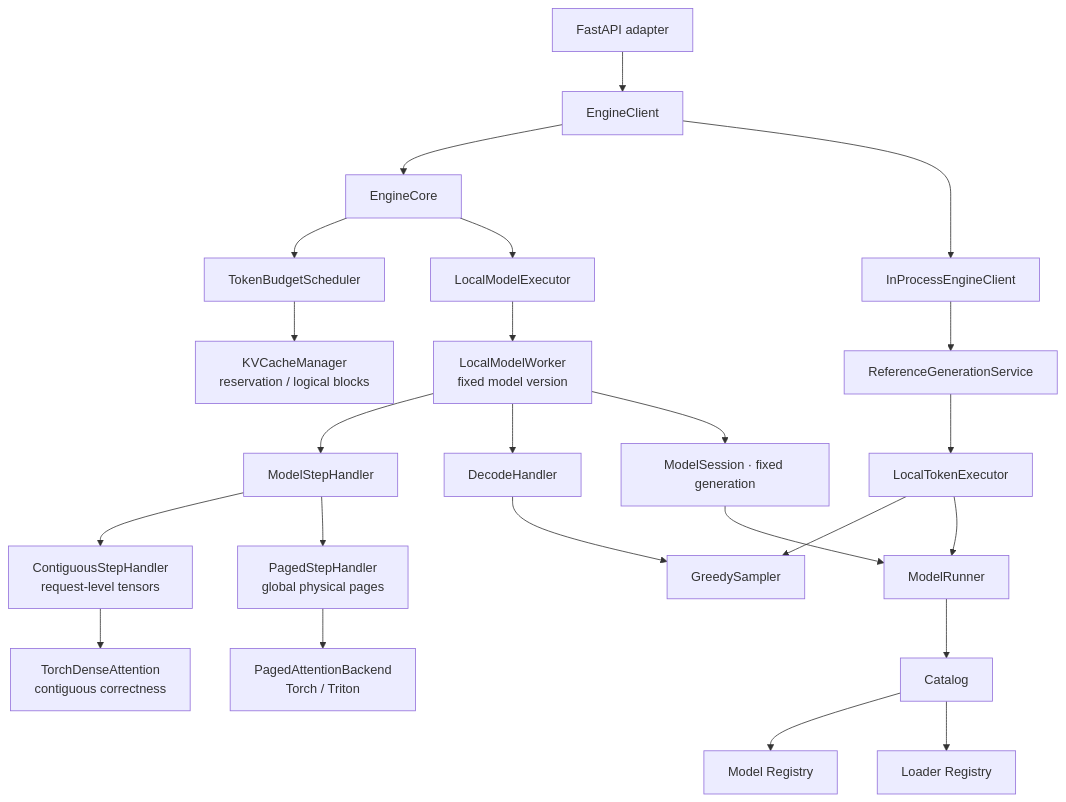
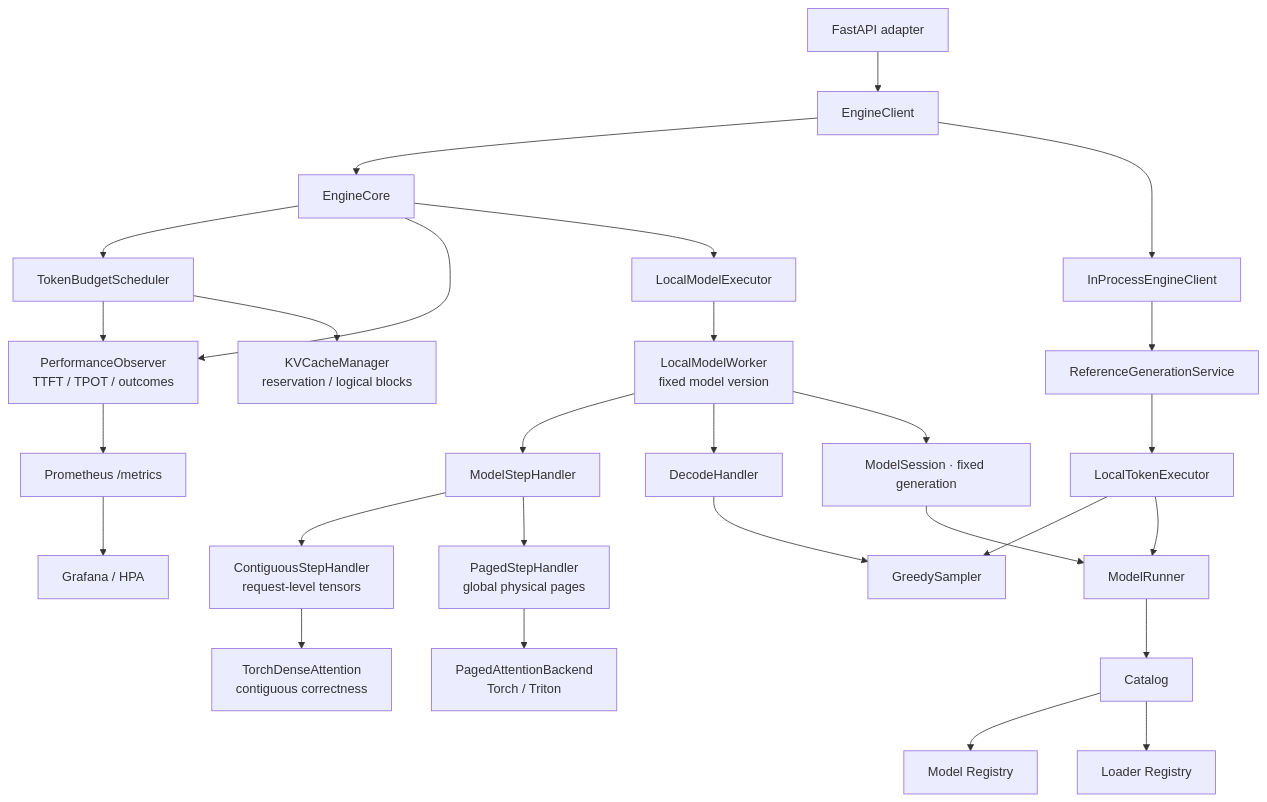
Before and after one commit to poorpaper/light-vllm: the first of 3 diagrams in docs/design.md, drawn with Mermaid. The commit also changed other lines of this file and 26 other files, not shown here.

Commit message:
feat: add performance observability metrics

````diff
--- a/docs/design.md
+++ b/docs/design.md
@@ -58,29 +60,33 @@
 ```mermaid
 flowchart TB
     HTTP["FastAPI adapter"] --> Client["EngineClient"]
 
     Client --> Core["EngineCore"]
     Client --> Bridge["InProcessEngineClient"]
     Bridge --> Reference["ReferenceGenerationService"]
 
     Core --> Scheduler["TokenBudgetScheduler"]
+    Core --> Observer["PerformanceObserver<br/>TTFT / TPOT / outcomes"]
+    Scheduler --> Observer
+    Observer --> Metrics["Prometheus /metrics"]
+    Metrics --> Grafana["Grafana / HPA"]
     Scheduler --> LogicalKV["KVCacheManager<br/>reservation / logical blocks"]
     Core --> Executor["LocalModelExecutor"]
     Executor --> Worker["LocalModelWorker<br/>fixed model version"]
     Worker --> Step["ModelStepHandler"]
     Worker --> Decode["DecodeHandler"]
     Step --> Contiguous["ContiguousStepHandler<br/>request-level tensors"]
     Step --> Paged["PagedStepHandler<br/>global physical pages"]
     Contiguous --> Dense["TorchDenseAttention<br/>contiguous correctness"]
     Paged --> Attention["PagedAttentionBackend<br/>Torch / Triton"]
     Decode --> Sampler["GreedySampler"]
     Reference --> TokenExecutor["LocalTokenExecutor"]
     TokenExecutor --> Sampler
 
     Worker --> Session["ModelSession · fixed generation"]
     Session --> Runner["ModelRunner"]
     TokenExecutor --> Runner
     Runner --> Catalog["Catalog"]
     Catalog --> Models["Model Registry"]
     Catalog --> Loaders["Loader Registry"]
 ```
````
